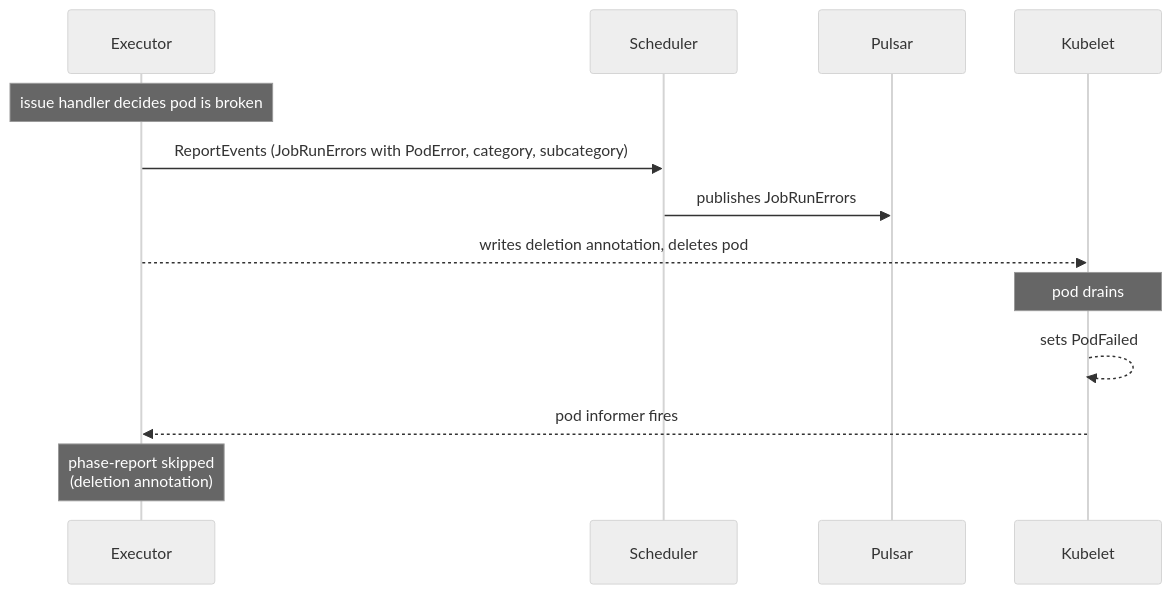
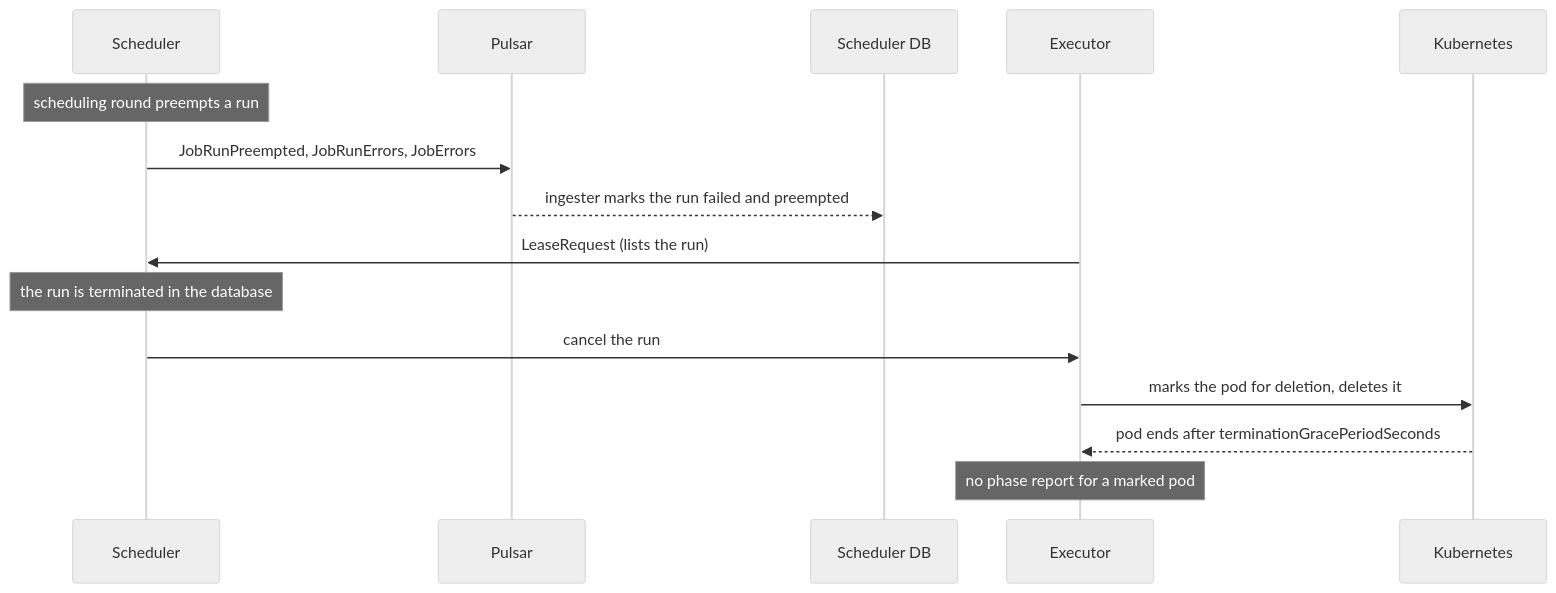
Before and after one commit to armadaproject/armada: the eighth of 11 diagrams in docs/developer/job-lifecycle-events.md, drawn with Mermaid (neutral theme). The commit also changed other lines of this file, not shown here.

Commit message:
Restructure the job lifecycle events doc for readers

````diff
--- a/docs/developer/job-lifecycle-events.md
+++ b/docs/developer/job-lifecycle-events.md
@@ -360,15 +521,17 @@
 ```mermaid
 sequenceDiagram
-    participant E as Executor
     participant Sc as Scheduler
     participant P as Pulsar
-    participant K as Kubelet
-    Note over E: issue handler decides pod is broken
-    E->>Sc: ReportEvents (JobRunErrors with PodError, category, subcategory)
-    Sc->>P: publishes JobRunErrors
-    E-->>K: writes deletion annotation, deletes pod
-    Note over K: pod drains
-    K-->>K: sets PodFailed
-    K-->>E: pod informer fires
-    Note over E: phase-report skipped<br/>(deletion annotation)
+    participant Pg as Scheduler DB
+    participant E as Executor
+    participant K as Kubernetes
+    Note over Sc: scheduling round preempts a run
+    Sc->>P: JobRunPreempted, JobRunErrors, JobErrors
+    P-->>Pg: ingester marks the run failed and preempted
+    E->>Sc: LeaseRequest (lists the run)
+    Note over Sc: the run is terminated in the database
+    Sc->>E: cancel the run
+    E->>K: marks the pod for deletion, deletes it
+    K-->>E: pod ends after terminationGracePeriodSeconds
+    Note over E: no phase report for a marked pod
 ```
````
